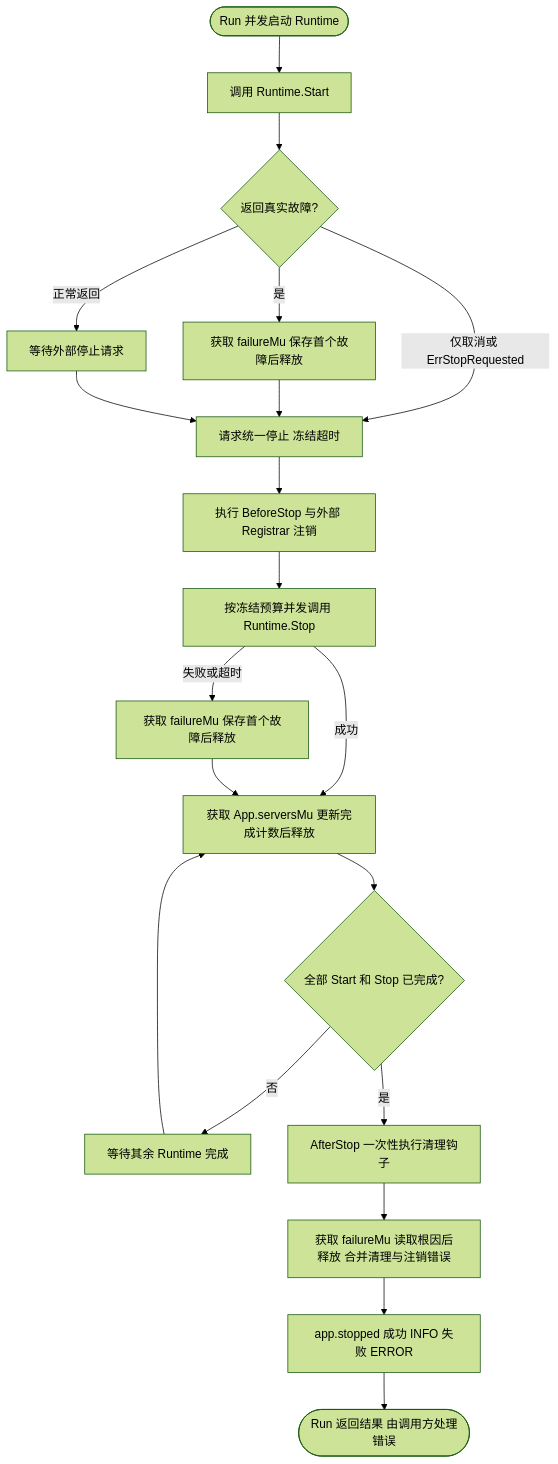
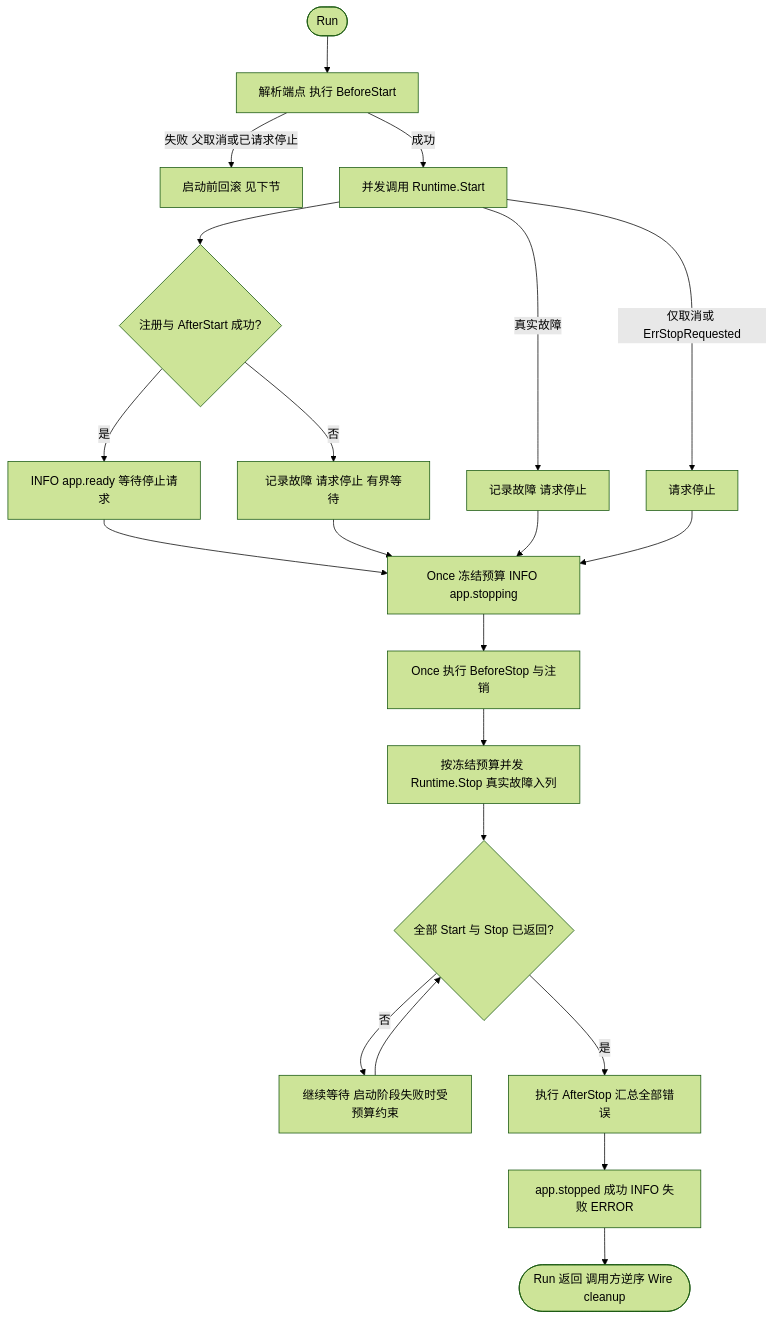
One commit to jaggerzhuang1994/kratos-foundation changed the third of 12 diagrams in pkg/app/README.md. Above: the diagram before and after it, drawn with Mermaid (forest theme). The commit also changed other lines of this file and 31 other files, not shown here.

````diff
--- a/pkg/app/README.md
+++ b/pkg/app/README.md
@@ -84,22 +86,21 @@
 ```mermaid
 flowchart TD
-    A([Run 并发启动 Runtime]) --> B[调用 Runtime.Start]
-    B --> C{返回真实故障?}
-    C -- 是 --> D[获取 failureMu 保存首个故障后释放]
-    C -- 仅取消或 ErrStopRequested --> E[请求统一停止 冻结超时]
-    C -- 正常返回 --> F[等待外部停止请求]
-    D --> E
-    F --> E
-    E --> G[执行 BeforeStop 与外部 Registrar 注销]
-    G --> H[按冻结预算并发调用 Runtime.Stop]
-    H -- 失败或超时 --> I[获取 failureMu 保存首个故障后释放]
-    H -- 成功 --> J[获取 App.serversMu 更新完成计数后释放]
-    I --> J
-    J --> K{全部 Start 和 Stop 已完成?}
-    K -- 否 --> O[等待其余 Runtime 完成]
-    O --> J
-    K -- 是 --> L[AfterStop 一次性执行清理钩子]
-    L --> M[获取 failureMu 读取根因后释放 合并清理与注销错误]
-    M --> ML[app.stopped 成功 INFO 失败 ERROR]
-    ML --> N([Run 返回结果 由调用方处理错误])
+    A([Run]) --> B[解析端点 执行 BeforeStart]
+    B -- 失败 父取消或已请求停止 --> R[启动前回滚 见下节]
+    B -- 成功 --> C[并发调用 Runtime.Start]
+    C --> D{注册与 AfterStart 成功?}
+    D -- 否 --> E[记录故障 请求停止 有界等待]
+    D -- 是 --> F[INFO app.ready 等待停止请求]
+    C -- 真实故障 --> G[记录故障 请求停止]
+    C -- 仅取消或 ErrStopRequested --> H[请求停止]
+    F --> I[Once 冻结预算 INFO app.stopping]
+    E & G & H --> I
+    I --> J[Once 执行 BeforeStop 与注销]
+    J --> K[按冻结预算并发 Runtime.Stop 真实故障入列]
+    K --> L{全部 Start 与 Stop 已返回?}
+    L -- 否 --> M[继续等待 启动阶段失败时受预算约束]
+    M --> L
+    L -- 是 --> N[执行 AfterStop 汇总全部错误]
+    N --> O[app.stopped 成功 INFO 失败 ERROR]
+    O --> P([Run 返回 调用方逆序 Wire cleanup])
 ```
````
